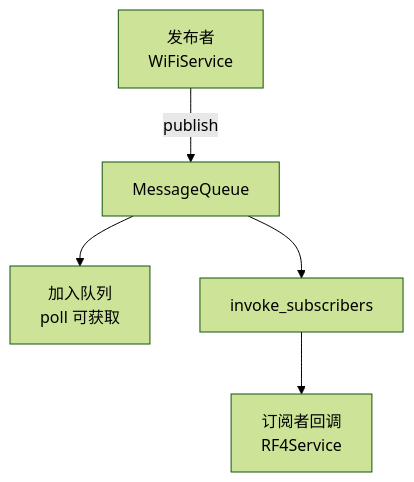
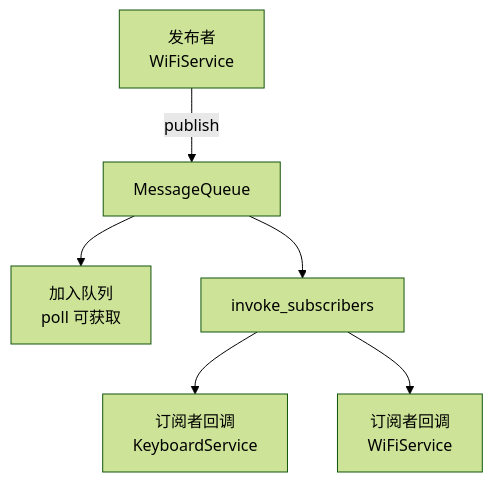
The sixth of 6 diagrams in docs/design/README.md (Ts-sound/esp32-python-keyboard), drawn with Mermaid (forest theme) before and after one commit. The commit also changed other lines of this file and 2 other files, not shown here.

````diff
--- a/docs/design/README.md
+++ b/docs/design/README.md
@@ -146,7 +146,8 @@
 ```mermaid
 flowchart TD
     Pub[发布者<br/>WiFiService] -->|publish| MQ[MessageQueue]
     MQ --> Q[加入队列<br/>poll 可获取]
     MQ --> Sub[invoke_subscribers]
-    Sub --> CB[订阅者回调<br/>RF4Service]
+    Sub --> CB1[订阅者回调<br/>KeyboardService]
+    Sub --> CB2[订阅者回调<br/>WiFiService]
 ```
````
